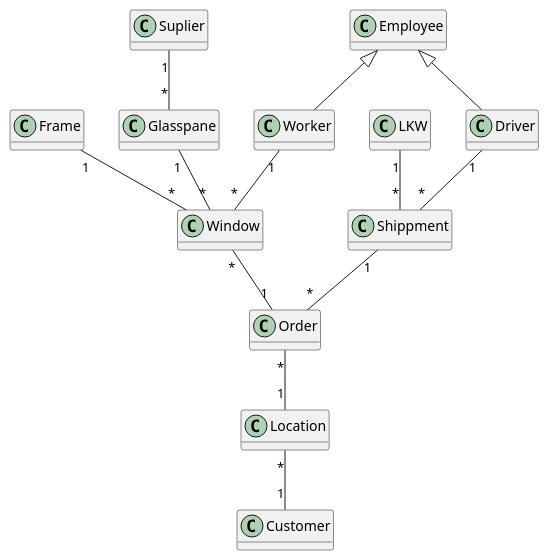
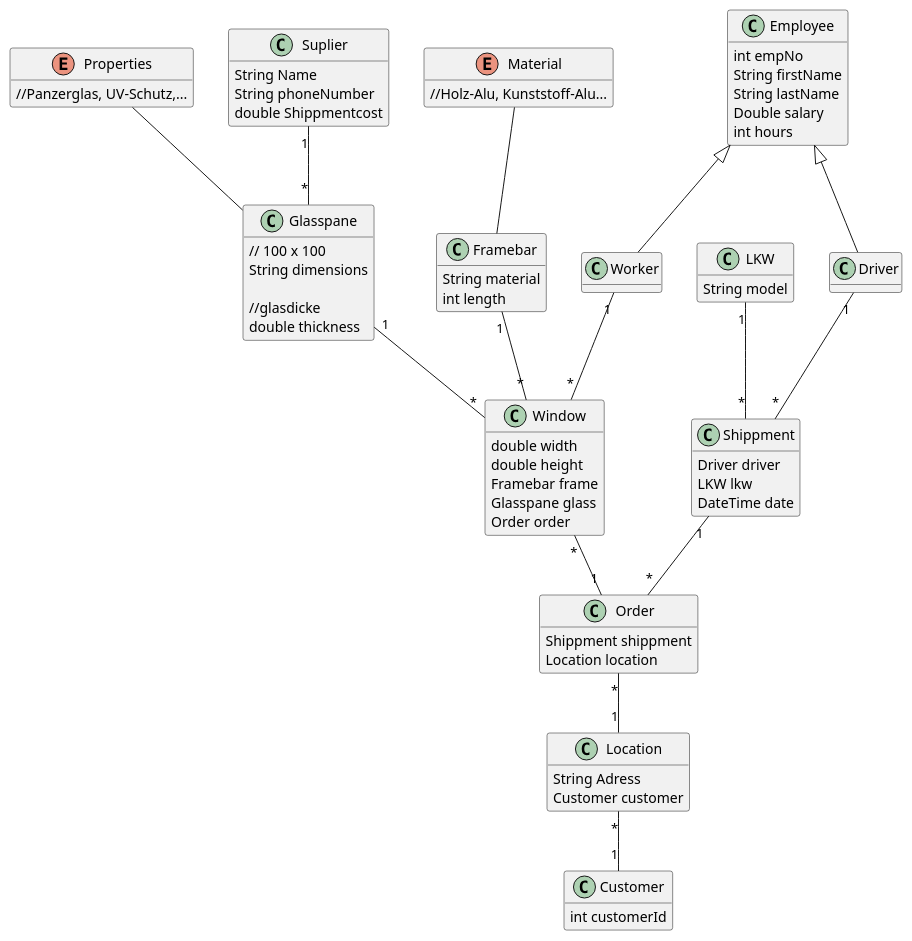
Before and after one commit to BaumgartnerLukas0922/Fensterverkauf: the diagram in asciidocs/plantuml/NewErd.puml, drawn with PlantUML.

```diff
--- a/asciidocs/plantuml/NewErd.puml
+++ b/asciidocs/plantuml/NewErd.puml
@@ -1,69 +1,105 @@
 @startuml
 top to bottom direction
 hide empty methods
 
+enum Properties{
+    //Panzerglas, UV-Schutz,...
+}
+
+Properties -- Glasspane
+
 class Glasspane{
+    // 100 x 100
+    String dimensions
+
+    //glasdicke
+    double thickness
 
 }
 
-class Frame{
+enum Material{
+    //Holz-Alu, Kunststoff-Alu...
+}
 
+Material -- Framebar
+
+class Framebar{
+    String material
+    int length
 }
 
 class Window{
-
+    double width
+    double height
+    Framebar frame
+    Glasspane glass
+    Order order
 }
 
 class Worker{
 
 }
 
 class Employee{
-
+    int empNo
+    String firstName
+    String lastName
+    Double salary
+    int hours
 }
 
 class Customer{
-
+    int customerId
 }
 
 class Driver{
-
 }
 
 class LKW{
-
+    String model
 }
 
 class Order{
-
+   Shippment shippment
+   Location location
 }
 
 class Suplier {
-
+    String Name
+    String phoneNumber
+    double Shippmentcost
 }
 
 class Location{
+    String Adress
+    Customer customer
+}
 
+class Shippment{
+    Driver driver
+    LKW lkw
+    DateTime date
 }
 
 Glasspane "1" -- "*" Window
-Frame "1" -- "*" Window
+Framebar "1" -- "*" Window
 Worker "1" -- "*" Window
 Employee <|-- Worker
 Employee <|-- Driver
 
 LKW "1" -- "*" Shippment
+
 
 Driver "1" -- "*" Shippment
 
 Location "*" -- "1" Customer
 
 Shippment "1" -- "*" Order
 
 
 Suplier "1" -- "*" Glasspane
 
 Window "*" -- "1" Order
 
 Order "*" -- "1" Location
 @enduml
```
